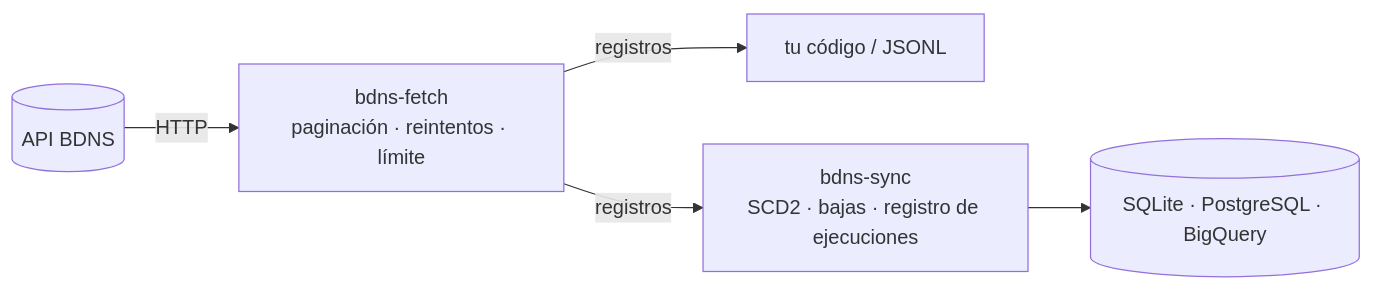
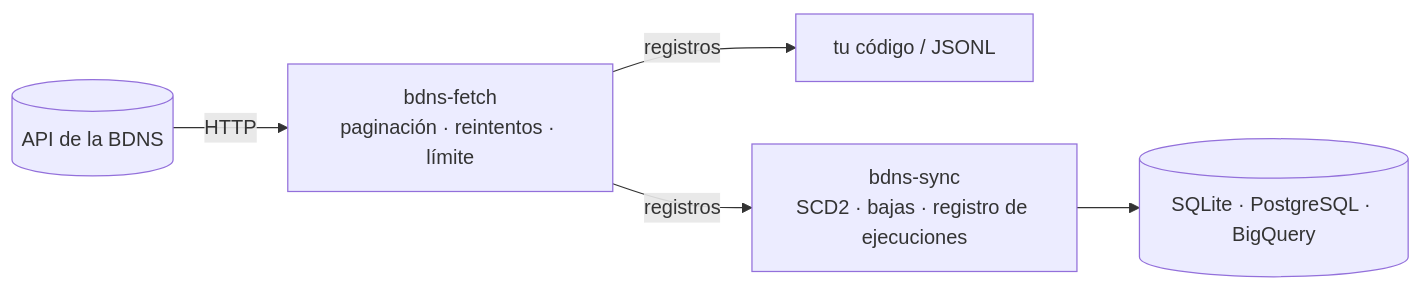
The diagram in docs/index.md (cruzlorite/bdns-fetch), drawn with Mermaid before and after one commit. The commit also changed other lines of this file and 30 other files, not shown here.

````diff
--- a/docs/index.md
+++ b/docs/index.md
@@ -62,7 +59,7 @@
 ```mermaid
 flowchart LR
-    API[(API BDNS)] -->|HTTP| F[bdns-fetch<br/>paginación · reintentos · límite]
+    API[(API de la BDNS)] -->|HTTP| F[bdns-fetch<br/>paginación · reintentos · límite]
     F -->|registros| U[tu código / JSONL]
     F -->|registros| S[bdns-sync<br/>SCD2 · bajas · registro de ejecuciones]
     S --> DB[(SQLite · PostgreSQL · BigQuery)]
 ```
````
